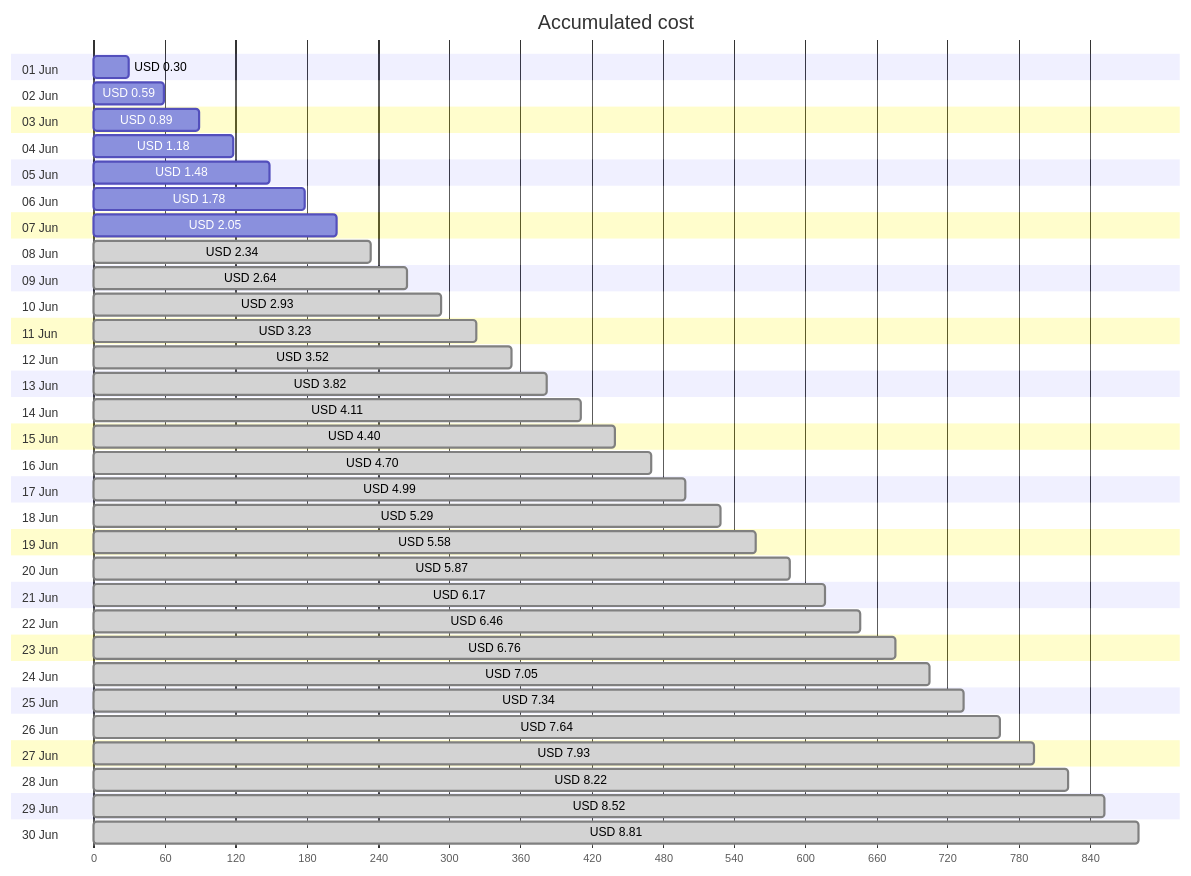
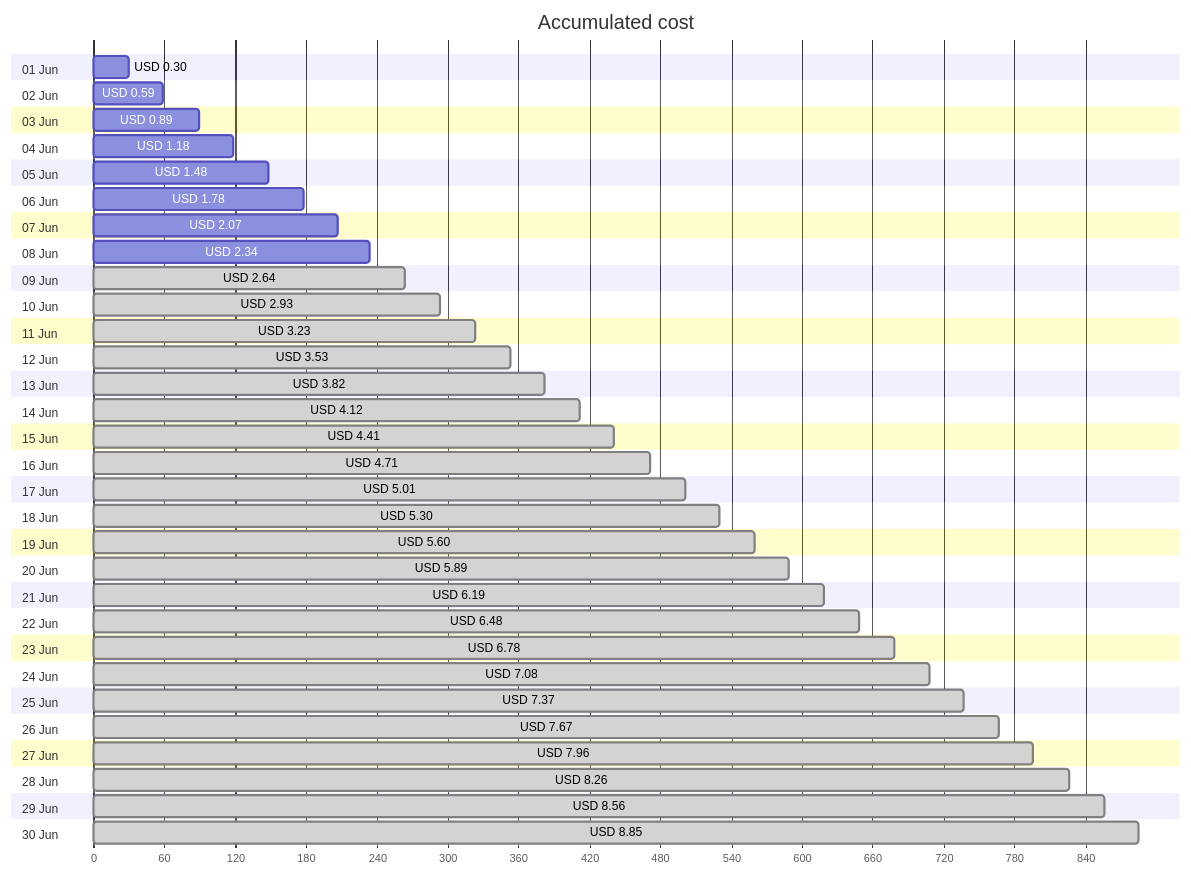
Before and after one commit to jpfulton/azure-personal-reports: the first of 4 diagrams in cost-reports/personal-site/personal-site.md, drawn with Mermaid. The commit also changed other lines of this file and 6 other files, not shown here.

````diff
--- a/cost-reports/personal-site/personal-site.md
+++ b/cost-reports/personal-site/personal-site.md
@@ -20,66 +20,66 @@
 ```mermaid
 gantt
    title Accumulated cost
    dateFormat  X
    axisFormat %s
    section 01 Jun
    USD 0.30 :0, 30
    section 02 Jun
    USD 0.59 :0, 59
    section 03 Jun
    USD 0.89 :0, 89
    section 04 Jun
    USD 1.18 :0, 118
    section 05 Jun
    USD 1.48 :0, 148
    section 06 Jun
    USD 1.78 :0, 178
    section 07 Jun
-   USD 2.05 :0, 205
+   USD 2.07 :0, 207
    section 08 Jun
-   USD 2.34 : done, 0, 234
+   USD 2.34 :0, 234
    section 09 Jun
    USD 2.64 : done, 0, 264
    section 10 Jun
    USD 2.93 : done, 0, 293
    section 11 Jun
    USD 3.23 : done, 0, 323
    section 12 Jun
-   USD 3.52 : done, 0, 352
+   USD 3.53 : done, 0, 353
    section 13 Jun
    USD 3.82 : done, 0, 382
    section 14 Jun
-   USD 4.11 : done, 0, 411
+   USD 4.12 : done, 0, 412
    section 15 Jun
-   USD 4.40 : done, 0, 440
+   USD 4.41 : done, 0, 441
    section 16 Jun
-   USD 4.70 : done, 0, 470
+   USD 4.71 : done, 0, 471
    section 17 Jun
-   USD 4.99 : done, 0, 499
+   USD 5.01 : done, 0, 501
    section 18 Jun
-   USD 5.29 : done, 0, 529
+   USD 5.30 : done, 0, 530
    section 19 Jun
-   USD 5.58 : done, 0, 558
+   USD 5.60 : done, 0, 560
    section 20 Jun
-   USD 5.87 : done, 0, 587
+   USD 5.89 : done, 0, 589
    section 21 Jun
-   USD 6.17 : done, 0, 617
+   USD 6.19 : done, 0, 619
    section 22 Jun
-   USD 6.46 : done, 0, 646
+   USD 6.48 : done, 0, 648
    section 23 Jun
-   USD 6.76 : done, 0, 676
+   USD 6.78 : done, 0, 678
    section 24 Jun
-   USD 7.05 : done, 0, 705
+   USD 7.08 : done, 0, 708
    section 25 Jun
-   USD 7.34 : done, 0, 734
+   USD 7.37 : done, 0, 737
    section 26 Jun
-   USD 7.64 : done, 0, 764
+   USD 7.67 : done, 0, 767
    section 27 Jun
-   USD 7.93 : done, 0, 793
+   USD 7.96 : done, 0, 796
    section 28 Jun
-   USD 8.22 : done, 0, 822
+   USD 8.26 : done, 0, 826
    section 29 Jun
-   USD 8.52 : done, 0, 852
+   USD 8.56 : done, 0, 856
    section 30 Jun
-   USD 8.81 : done, 0, 881
+   USD 8.85 : done, 0, 885
 ```
````
